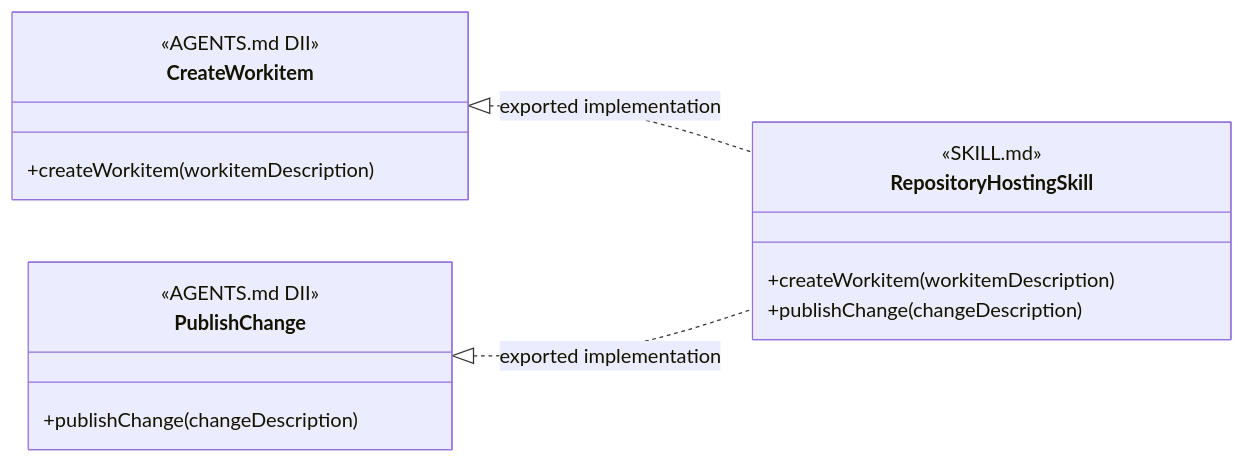
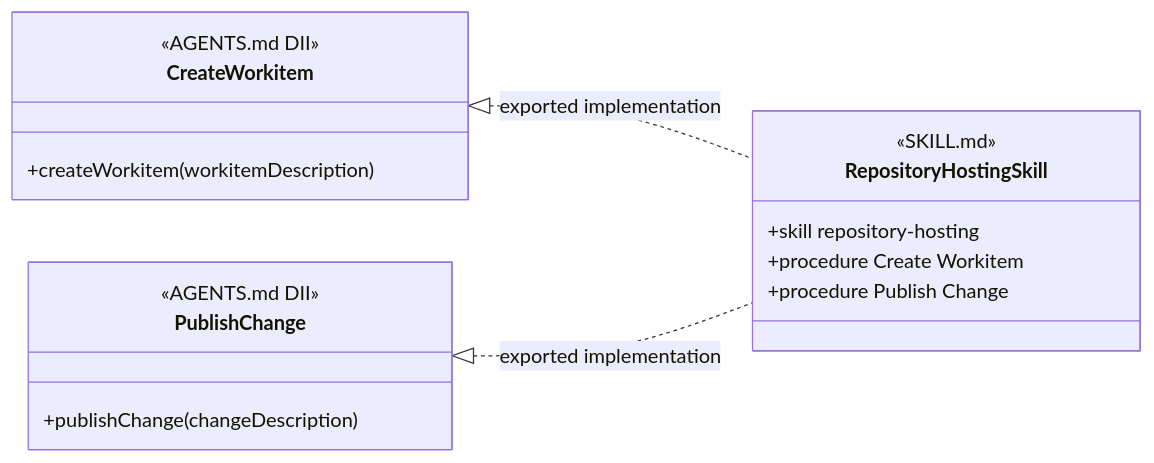
Before and after one commit to martinbechard/dev-methodology: the eighth of 11 diagrams in design/object-oriented-agent-and-skill-model.md, drawn with Mermaid. The commit also changed other lines of this file and 12 other files, not shown here.

````diff
--- a/design/object-oriented-agent-and-skill-model.md
+++ b/design/object-oriented-agent-and-skill-model.md
@@ -395,23 +419,24 @@
 ```mermaid
 classDiagram
     direction LR
 
     class CreateWorkitem {
         <<AGENTS.md DII>>
         +createWorkitem(workitemDescription)
     }
 
     class PublishChange {
         <<AGENTS.md DII>>
         +publishChange(changeDescription)
     }
 
     class RepositoryHostingSkill {
         <<SKILL.md>>
-        +createWorkitem(workitemDescription)
-        +publishChange(changeDescription)
+        +skill repository-hosting
+        +procedure Create Workitem
+        +procedure Publish Change
     }
 
     CreateWorkitem <|.. RepositoryHostingSkill : exported implementation
     PublishChange <|.. RepositoryHostingSkill : exported implementation
 ```
````
